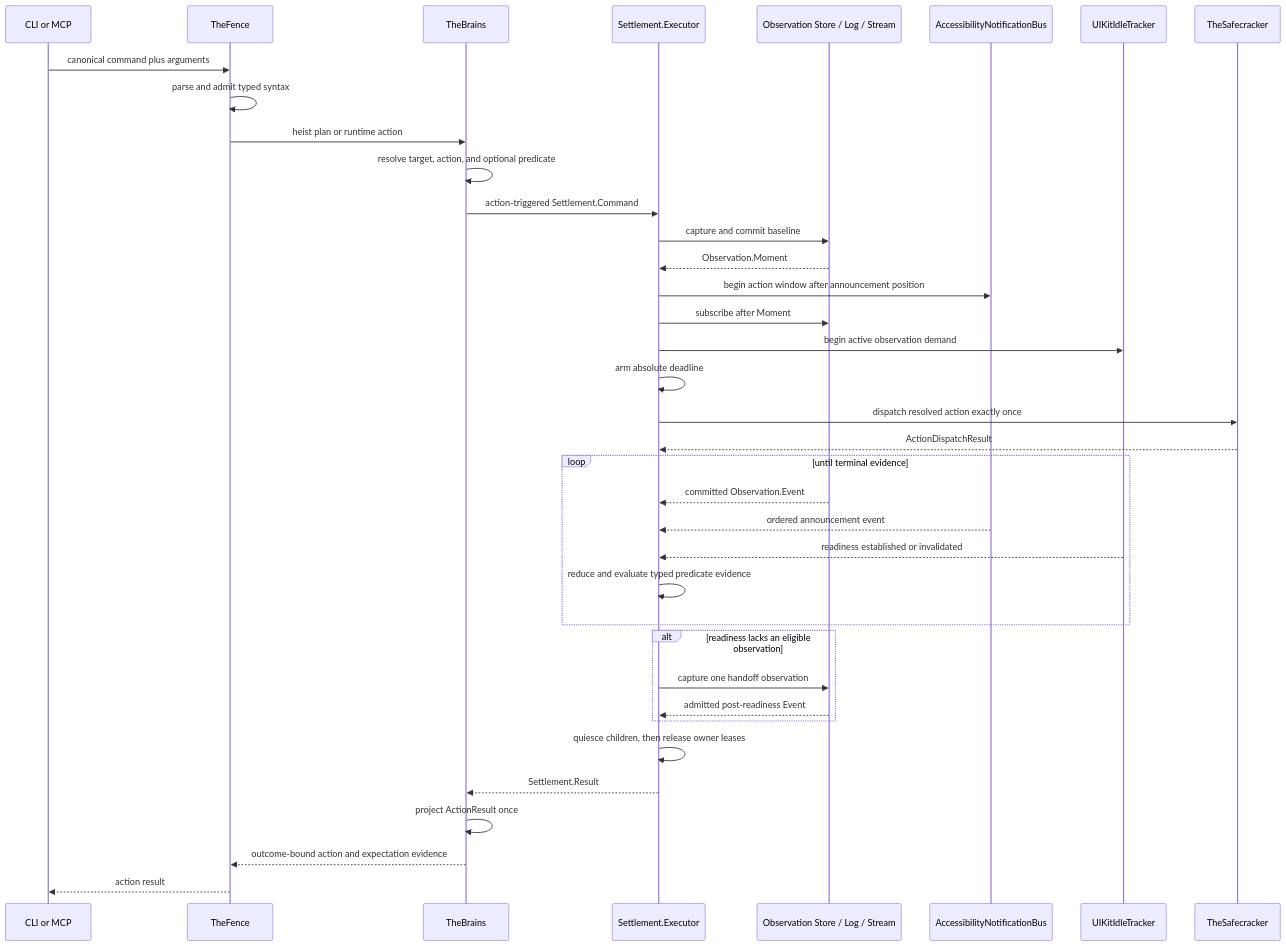
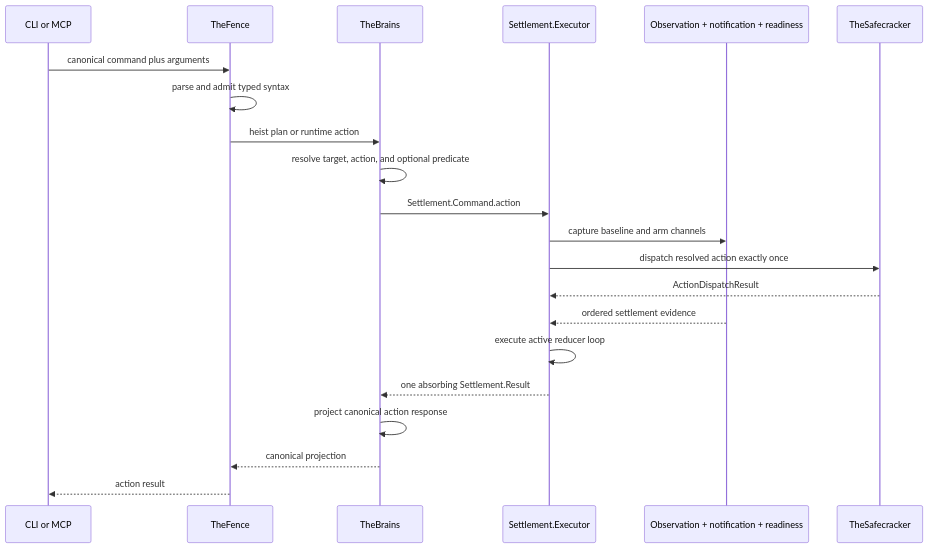
The diagram in docs/diagrams/action-pipeline.md (RoyalPineapple/TheButtonHeist), drawn with Mermaid before and after one commit. The commit also changed other lines of this file and 228 other files, not shown here.

````diff
--- a/docs/diagrams/action-pipeline.md
+++ b/docs/diagrams/action-pipeline.md
@@ -20,43 +22,24 @@
 ```mermaid
 sequenceDiagram
     participant Client as CLI or MCP
     participant Fence as TheFence
     participant Brains as TheBrains
     participant Settlement as Settlement.Executor
-    participant Observation as Observation Store / Log / Stream
-    participant Notifications as AccessibilityNotificationBus
-    participant Readiness as UIKitIdleTracker
+    participant Evidence as Observation + notification + readiness
     participant Safecracker as TheSafecracker
 
     Client->>Fence: canonical command plus arguments
     Fence->>Fence: parse and admit typed syntax
     Fence->>Brains: heist plan or runtime action
     Brains->>Brains: resolve target, action, and optional predicate
-    Brains->>Settlement: action-triggered Settlement.Command
-    Settlement->>Observation: capture and commit baseline
-    Observation-->>Settlement: Observation.Moment
-    Settlement->>Notifications: begin action window after announcement position
-    Settlement->>Observation: subscribe after Moment
-    Settlement->>Readiness: begin active observation demand
-    Settlement->>Settlement: arm absolute deadline
+    Brains->>Settlement: Settlement.Command.action
+    Settlement->>Evidence: capture baseline and arm channels
     Settlement->>Safecracker: dispatch resolved action exactly once
     Safecracker-->>Settlement: ActionDispatchResult
-
-    loop until terminal evidence
-        Observation-->>Settlement: committed Observation.Event
-        Notifications-->>Settlement: ordered announcement event
-        Readiness-->>Settlement: readiness established or invalidated
-        Settlement->>Settlement: reduce and evaluate typed predicate evidence
-    end
-
-    alt readiness lacks an eligible observation
-        Settlement->>Observation: capture one handoff observation
-        Observation-->>Settlement: admitted post-readiness Event
-    end
-
-    Settlement->>Settlement: quiesce children, then release owner leases
-    Settlement-->>Brains: Settlement.Result
-    Brains->>Brains: project ActionResult once
-    Brains-->>Fence: outcome-bound action and expectation evidence
+    Evidence-->>Settlement: ordered settlement evidence
+    Settlement->>Settlement: execute active reducer loop
+    Settlement-->>Brains: one absorbing Settlement.Result
+    Brains->>Brains: project canonical action response
+    Brains-->>Fence: canonical projection
     Fence-->>Client: action result
 ```
````
